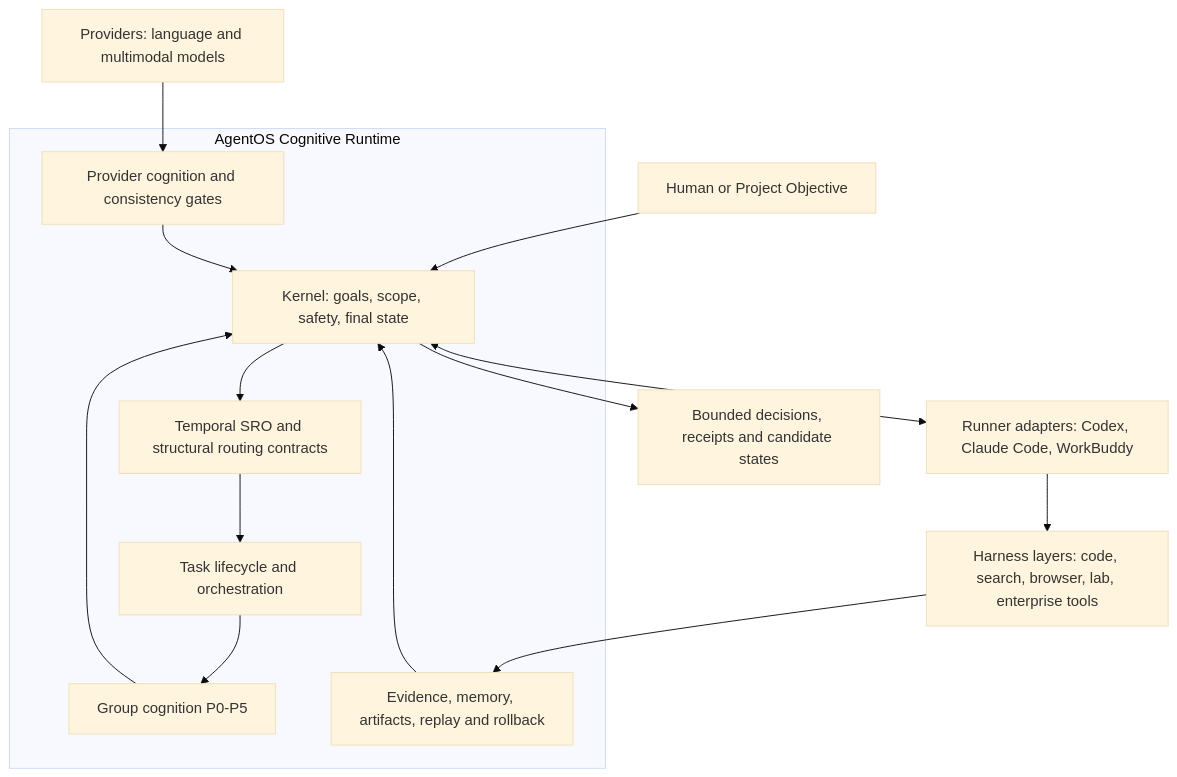
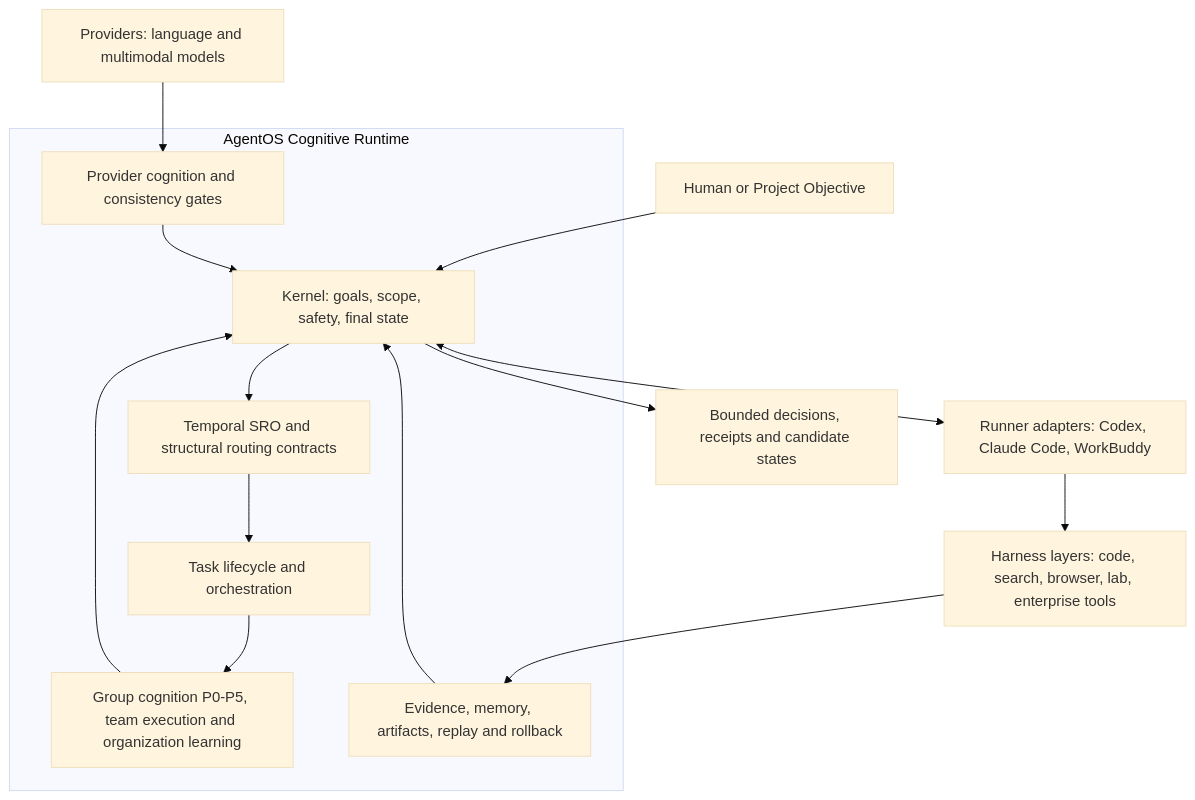
Before and after one commit to zhaoheng1990-debug/AgentOS: the diagram in README.md, drawn with Mermaid (base theme). The commit also changed other lines of this file and 74 other files, not shown here.

````diff
--- a/README.md
+++ b/README.md
@@ -36,25 +36,25 @@
 ```mermaid
 flowchart TB
     U["Human or Project Objective"] --> K
 
     subgraph A["AgentOS Cognitive Runtime"]
         K["Kernel: goals, scope, safety, final state"]
         S["Temporal SRO and structural routing contracts"]
         T["Task lifecycle and orchestration"]
         C["Provider cognition and consistency gates"]
-        G["Group cognition P0-P5"]
+        G["Group cognition P0-P5, team execution and organization learning"]
         M["Evidence, memory, artifacts, replay and rollback"]
         K --> S
         S --> T
         T --> G
         C --> K
         G --> K
         M --> K
     end
 
     K <--> R["Runner adapters: Codex, Claude Code, WorkBuddy"]
     R --> H["Harness layers: code, search, browser, lab, enterprise tools"]
     H --> M
     P["Providers: language and multimodal models"] --> C
     K --> O["Bounded decisions, receipts and candidate states"]
 ```
````
